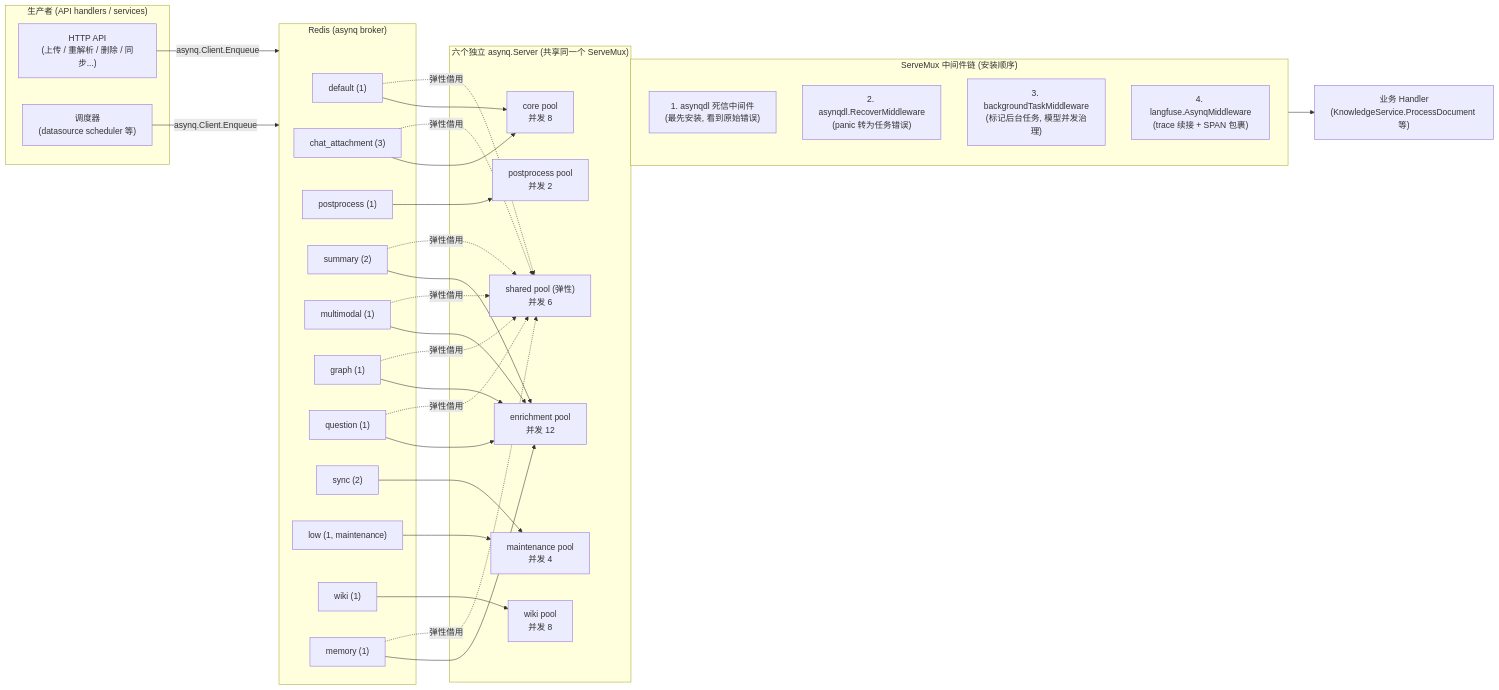
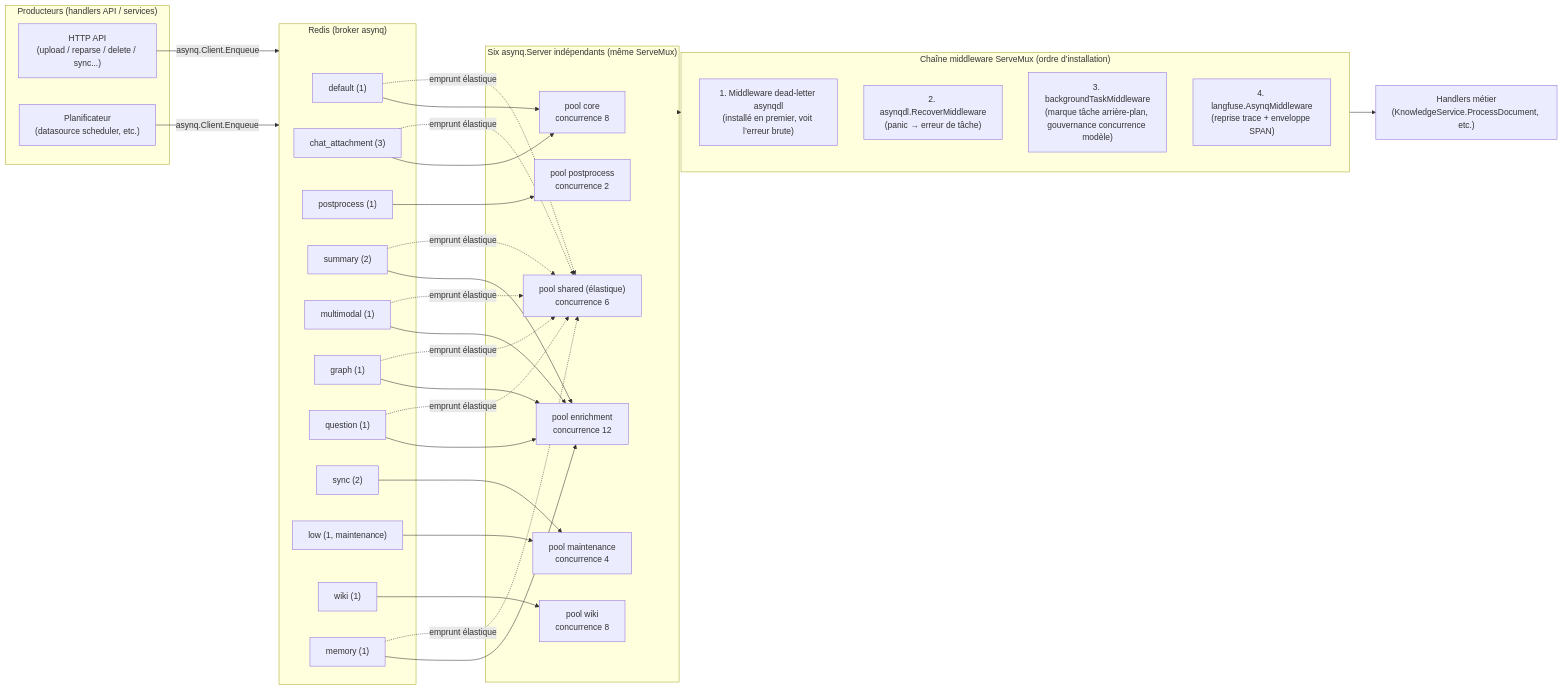
The first of 3 diagrams in website-docs/02-architecture/05-async-tasks.md (samiriggui-code/gsms-template), drawn with Mermaid before and after one commit. The commit also changed other lines of this file and 301 other files, not shown here.

````diff
--- a/website-docs/02-architecture/05-async-tasks.md
+++ b/website-docs/02-architecture/05-async-tasks.md
@@ -125,59 +125,59 @@
 ```mermaid
 flowchart LR
-    subgraph Producers["生产者 (API handlers / services)"]
-        API["HTTP API<br/>(上传 / 重解析 / 删除 / 同步...)"]
-        CRON["调度器<br/>(datasource scheduler 等)"]
+    subgraph Producers["Producteurs (handlers API / services)"]
+        API["HTTP API<br/>(upload / reparse / delete / sync...)"]
+        CRON["Planificateur<br/>(datasource scheduler, etc.)"]
     end
     API -->|"asynq.Client.Enqueue"| REDIS
     CRON -->|"asynq.Client.Enqueue"| REDIS
 
-    subgraph REDIS["Redis (asynq broker)"]
+    subgraph REDIS["Redis (broker asynq)"]
         Q1["default (1)"]
         Q2["chat_attachment (3)"]
         Q3["postprocess (1)"]
         Q4["summary (2)"]
         Q5["multimodal (1)"]
         Q6["graph (1)"]
         Q7["question (1)"]
         Q8["sync (2)"]
         Q9["low (1, maintenance)"]
         Q10["wiki (1)"]
         Q11["memory (1)"]
     end
 
-    subgraph Workers["六个独立 asynq.Server (共享同一个 ServeMux)"]
-        CORE["core pool<br/>并发 8"]
-        PP["postprocess pool<br/>并发 2"]
-        EN["enrichment pool<br/>并发 12"]
-        MT["maintenance pool<br/>并发 4"]
-        SH["shared pool (弹性)<br/>并发 6"]
-        WK["wiki pool<br/>并发 8"]
+    subgraph Workers["Six asynq.Server indépendants (même ServeMux)"]
+        CORE["pool core<br/>concurrence 8"]
+        PP["pool postprocess<br/>concurrence 2"]
+        EN["pool enrichment<br/>concurrence 12"]
+        MT["pool maintenance<br/>concurrence 4"]
+        SH["pool shared (élastique)<br/>concurrence 6"]
+        WK["pool wiki<br/>concurrence 8"]
     end
 
     Q1 --> CORE
     Q2 --> CORE
     Q3 --> PP
     Q4 --> EN
     Q5 --> EN
     Q6 --> EN
     Q7 --> EN
     Q8 --> MT
     Q9 --> MT
     Q10 --> WK
     Q11 --> EN
-    Q11 -. "弹性借用" .-> SH
-    Q1 -. "弹性借用" .-> SH
-    Q2 -. "弹性借用" .-> SH
-    Q4 -. "弹性借用" .-> SH
-    Q5 -. "弹性借用" .-> SH
-    Q6 -. "弹性借用" .-> SH
-    Q7 -. "弹性借用" .-> SH
+    Q11 -. "emprunt élastique" .-> SH
+    Q1 -. "emprunt élastique" .-> SH
+    Q2 -. "emprunt élastique" .-> SH
+    Q4 -. "emprunt élastique" .-> SH
+    Q5 -. "emprunt élastique" .-> SH
+    Q6 -. "emprunt élastique" .-> SH
+    Q7 -. "emprunt élastique" .-> SH
 
-    subgraph MW["ServeMux 中间件链 (安装顺序)"]
-        M1["1. asynqdl 死信中间件<br/>(最先安装, 看到原始错误)"]
-        M1b["2. asynqdl.RecoverMiddleware<br/>(panic 转为任务错误)"]
-        M2["3. backgroundTaskMiddleware<br/>(标记后台任务, 模型并发治理)"]
-        M3["4. langfuse.AsynqMiddleware<br/>(trace 续接 + SPAN 包裹)"]
+    subgraph MW["Chaîne middleware ServeMux (ordre d’installation)"]
+        M1["1. Middleware dead-letter asynqdl<br/>(installé en premier, voit l’erreur brute)"]
+        M1b["2. asynqdl.RecoverMiddleware<br/>(panic → erreur de tâche)"]
+        M2["3. backgroundTaskMiddleware<br/>(marque tâche arrière-plan, gouvernance concurrence modèle)"]
+        M3["4. langfuse.AsynqMiddleware<br/>(reprise trace + enveloppe SPAN)"]
     end
-    Workers --> MW --> H["业务 Handler<br/>(KnowledgeService.ProcessDocument 等)"]
+    Workers --> MW --> H["Handlers métier<br/>(KnowledgeService.ProcessDocument, etc.)"]
 ```
````
